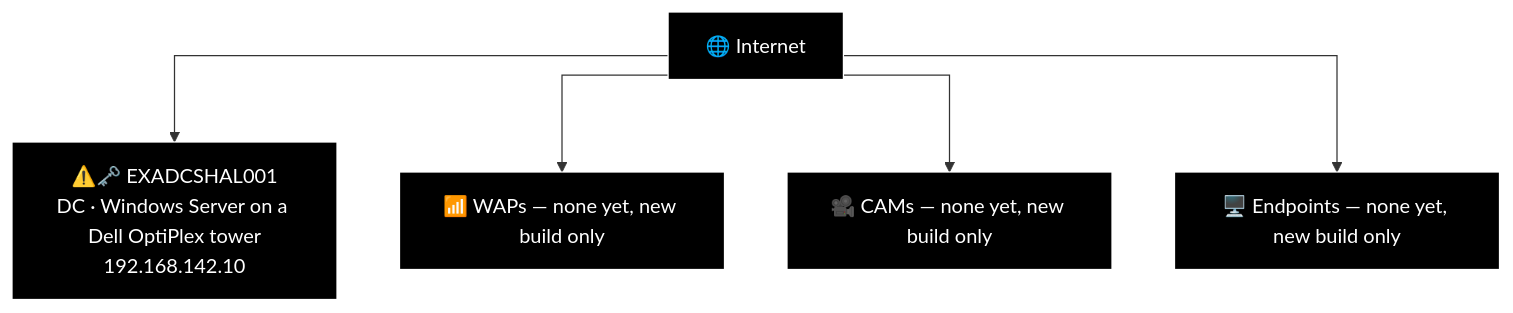
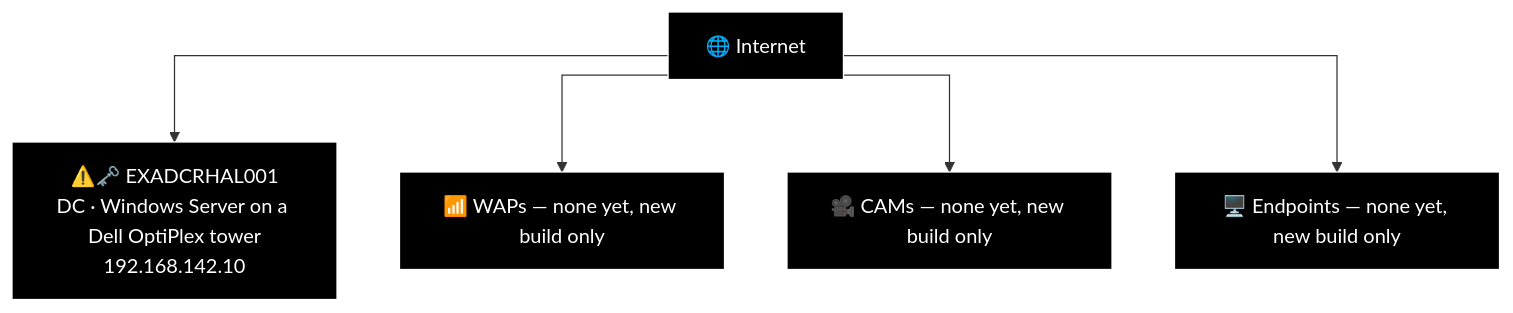
Before and after one commit to knightmare2600/example_music_infra: diagram 19 of 27 in docs/network-diagram/england.md, drawn with Mermaid. The commit also changed other lines of this file and 8 other files, not shown here.

````diff
--- a/docs/network-diagram/england.md
+++ b/docs/network-diagram/england.md
@@ -939,20 +924,20 @@
 ```mermaid
 %%{init: {'flowchart': {'curve': 'stepAfter'}}}%%
 graph TD
     O_INET["🌐 Internet"]
-    O_DC["⚠️🗝️ EXADCSHAL001<br/>DC · Windows Server on a Dell OptiPlex tower<br/>192.168.142.10"]
+    O_DC["⚠️🗝️ EXADCRHAL001<br/>DC · Windows Server on a Dell OptiPlex tower<br/>192.168.142.10"]
     O_INET --> O_DC
 
     O_WAP["📶 WAPs — none yet, new build only"]
     O_CAM["🎥 CAMs — none yet, new build only"]
     O_EP["🖥️ Endpoints — none yet, new build only"]
     O_INET --> O_WAP
     O_INET --> O_CAM
     O_INET --> O_EP
 
     style O_INET fill:#000000,stroke:#FFFFFF,color:#FFFFFF
     style O_DC fill:#000000,stroke:#FFFFFF,color:#FFFFFF
     style O_WAP fill:#000000,stroke:#FFFFFF,color:#FFFFFF
     style O_CAM fill:#000000,stroke:#FFFFFF,color:#FFFFFF
     style O_EP fill:#000000,stroke:#FFFFFF,color:#FFFFFF
 ```
````
